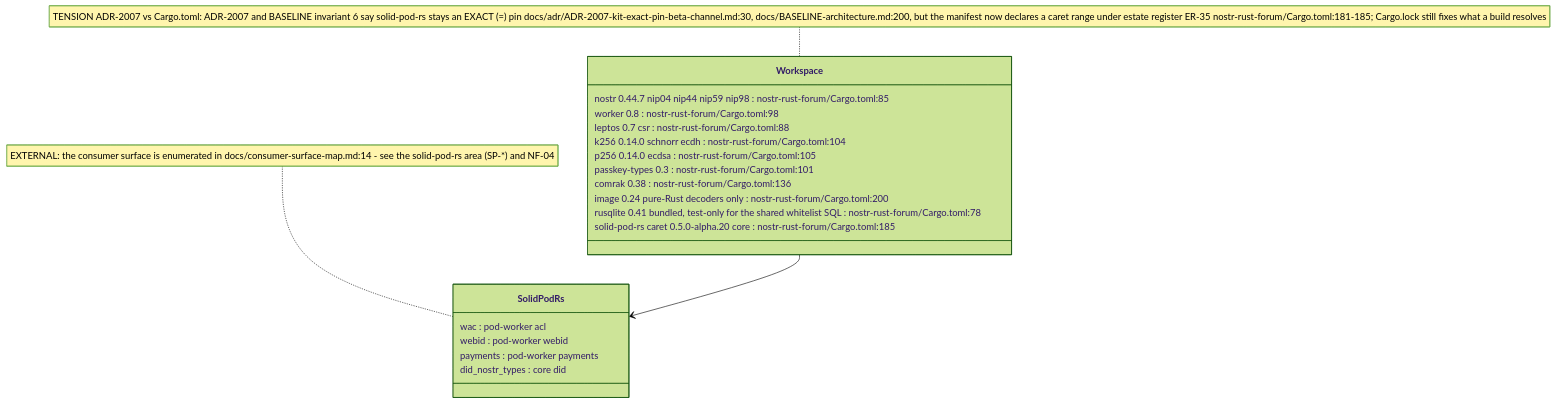
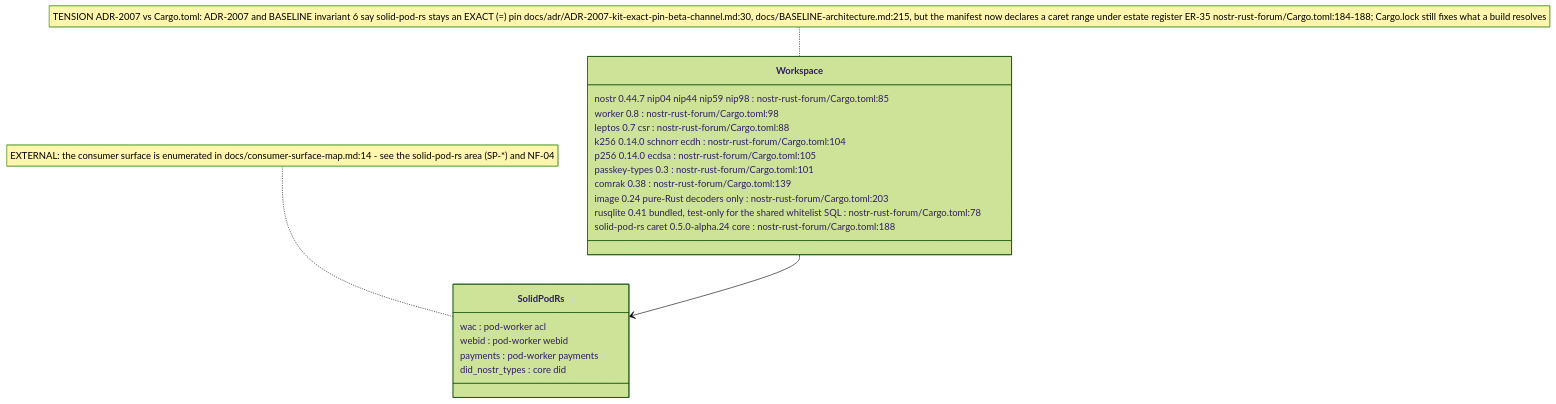
Before and after one commit to DreamLab-AI/VisionFlow: the fourth of 6 diagrams in docs/diagrams/nostr-rust-forum/01-workspace-and-worker-topology.md, drawn with Mermaid (forest theme). The commit also changed other lines of this file, not shown here.

First line of the commit message:
docs(diagrams): NF-01 re-verified at nostr-rust-forum af4f0d5

````diff
--- a/docs/diagrams/nostr-rust-forum/01-workspace-and-worker-topology.md
+++ b/docs/diagrams/nostr-rust-forum/01-workspace-and-worker-topology.md
@@ -171,25 +173,25 @@
 ```mermaid
 classDiagram
     class Workspace {
         nostr 0.44.7 nip04 nip44 nip59 nip98 : nostr-rust-forum/Cargo.toml:85
         worker 0.8 : nostr-rust-forum/Cargo.toml:98
         leptos 0.7 csr : nostr-rust-forum/Cargo.toml:88
         k256 0.14.0 schnorr ecdh : nostr-rust-forum/Cargo.toml:104
         p256 0.14.0 ecdsa : nostr-rust-forum/Cargo.toml:105
         passkey-types 0.3 : nostr-rust-forum/Cargo.toml:101
-        comrak 0.38 : nostr-rust-forum/Cargo.toml:136
-        image 0.24 pure-Rust decoders only : nostr-rust-forum/Cargo.toml:200
+        comrak 0.38 : nostr-rust-forum/Cargo.toml:139
+        image 0.24 pure-Rust decoders only : nostr-rust-forum/Cargo.toml:203
         rusqlite 0.41 bundled, test-only for the shared whitelist SQL : nostr-rust-forum/Cargo.toml:78
-        solid-pod-rs caret 0.5.0-alpha.20 core : nostr-rust-forum/Cargo.toml:185
+        solid-pod-rs caret 0.5.0-alpha.24 core : nostr-rust-forum/Cargo.toml:188
     }
     class SolidPodRs {
         wac : pod-worker acl
         webid : pod-worker webid
         payments : pod-worker payments
         did_nostr_types : core did
     }
     Workspace --> SolidPodRs
 
-    note for Workspace "TENSION ADR-2007 vs Cargo.toml: ADR-2007 and BASELINE invariant 6 say solid-pod-rs stays an EXACT (=) pin docs/adr/ADR-2007-kit-exact-pin-beta-channel.md:30, docs/BASELINE-architecture.md:200, but the manifest now declares a caret range under estate register ER-35 nostr-rust-forum/Cargo.toml:181-185; Cargo.lock still fixes what a build resolves"
+    note for Workspace "TENSION ADR-2007 vs Cargo.toml: ADR-2007 and BASELINE invariant 6 say solid-pod-rs stays an EXACT (=) pin docs/adr/ADR-2007-kit-exact-pin-beta-channel.md:30, docs/BASELINE-architecture.md:215, but the manifest now declares a caret range under estate register ER-35 nostr-rust-forum/Cargo.toml:184-188; Cargo.lock still fixes what a build resolves"
     note for SolidPodRs "EXTERNAL: the consumer surface is enumerated in docs/consumer-surface-map.md:14 - see the solid-pod-rs area (SP-*) and NF-04"
 ```
````
